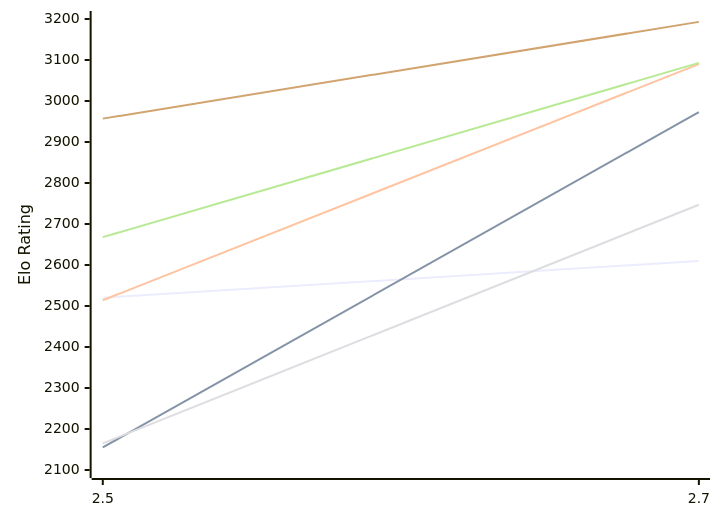
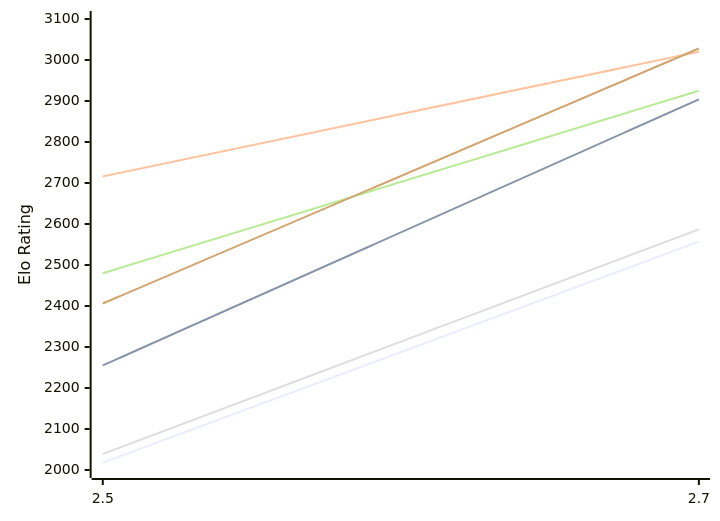
Before and after one commit to computer-chess-index/cci: the first of 2 diagrams in engines/Zevra.md, drawn with Mermaid. The commit also changed other lines of this file, not shown here.

Commit message:
Update CCI Ratings (ELO VLTC) - 2026-11-13

````diff
--- a/engines/Zevra.md
+++ b/engines/Zevra.md
@@ -50,12 +50,12 @@
 ```mermaid
 %%{init: {"theme":"base","themeVariables":{"seriesColors:['#a3a3a3','#222221','#faa371']}}}%%
 xychart-beta
   x-axis ["2.5", "2.7"]
-  y-axis "Elo Rating" 2100 --> 3200
-  line "E1: STC (8.0+0.08s)" [2520, 2610]
-  line "E1: LTC (60.0+0.60s)" [2155, 2973]
-  line "E1: VLTC (2m24s+1.12s)" [2514, 3090]
-  line "P1: STC (8.0+0.08s)" [2165, 2747]
-  line "P1: LTC (60.0+0.60s)" [2668, 3093]
-  line "P1: VLTC (2m24s+1.12s)" [2957, 3193]
+  y-axis "Elo Rating" 2000 --> 3100
+  line "E1: STC (8.0+0.08s)" [2018, 2557]
+  line "E1: LTC (60.0+0.60s)" [2255, 2904]
+  line "E1: VLTC (2m24s+1.12s)" [2716, 3020]
+  line "P1: STC (8.0+0.08s)" [2039, 2587]
+  line "P1: LTC (60.0+0.60s)" [2480, 2925]
+  line "P1: VLTC (2m24s+1.12s)" [2406, 3028]
 ```
````
